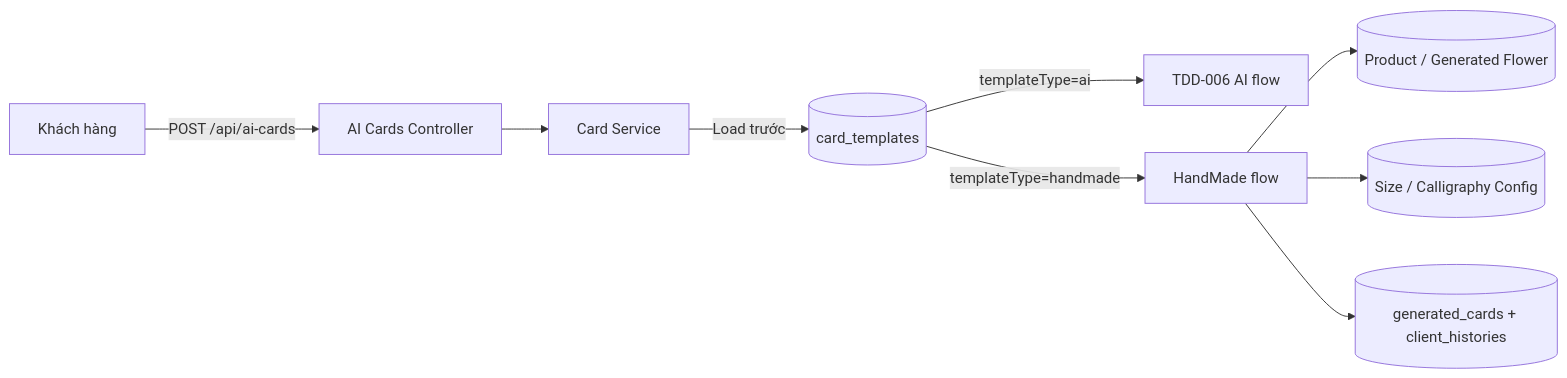
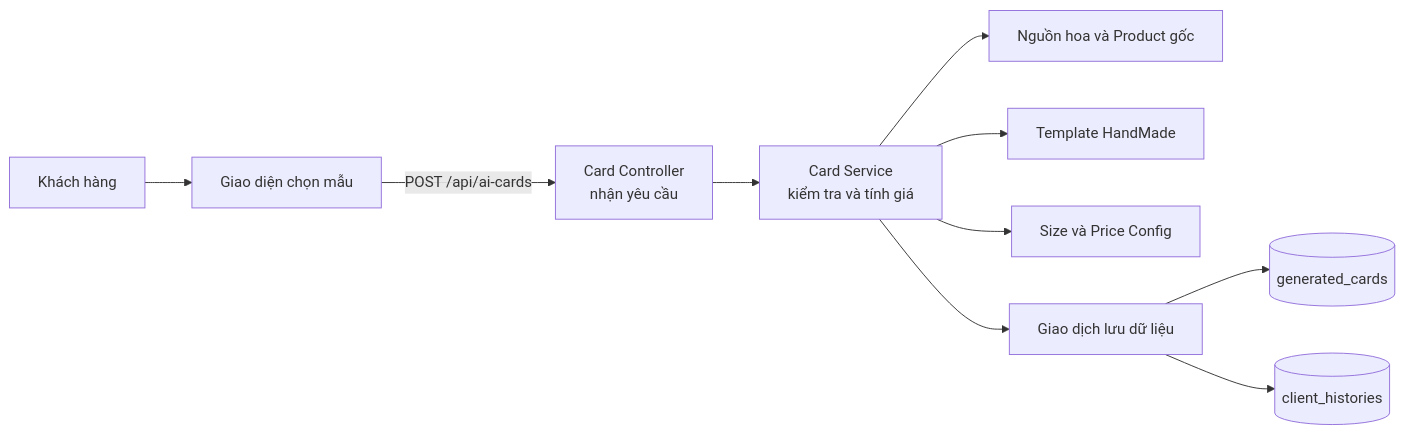
The first of 5 diagrams in HoaTheoMua.Repository/docs/tdd/TDD-021/TDD-021-chon-va-tao-thiep-handmade.md (TaskCoper/hoatheomua-be), drawn with Mermaid before and after one commit. The commit also changed other lines of this file and 214 other files, not shown here.

````diff
--- a/HoaTheoMua.Repository/docs/tdd/TDD-021/TDD-021-chon-va-tao-thiep-handmade.md
+++ b/HoaTheoMua.Repository/docs/tdd/TDD-021/TDD-021-chon-va-tao-thiep-handmade.md
@@ -88,11 +85,12 @@
 ```mermaid
 flowchart LR
-    Client["Khách hàng"] -->|"POST /api/ai-cards"| API["AI Cards Controller"]
-    API --> Svc["Card Service"]
-    Svc -->|"Load trước"| Template[(card_templates)]
-    Template -->|"templateType=ai"| AIFlow["TDD-006 AI flow"]
-    Template -->|"templateType=handmade"| HMFlow["HandMade flow"]
-    HMFlow --> Core[(Product / Generated Flower)]
-    HMFlow --> Config[(Size / Calligraphy Config)]
-    HMFlow --> DB[(generated_cards + client_histories)]
+    KH["Khách hàng"] --> UI["Giao diện chọn mẫu"]
+    UI -->|"POST /api/ai-cards"| API["Card Controller<br/>nhận yêu cầu"]
+    API --> DV["Card Service<br/>kiểm tra và tính giá"]
+    DV --> NG["Nguồn hoa và Product gốc"]
+    DV --> MAU["Template HandMade"]
+    DV --> CFG["Size và Price Config"]
+    DV --> GD["Giao dịch lưu dữ liệu"]
+    GD --> CARD[("generated_cards")]
+    GD --> HIS[("client_histories")]
 ```
````
